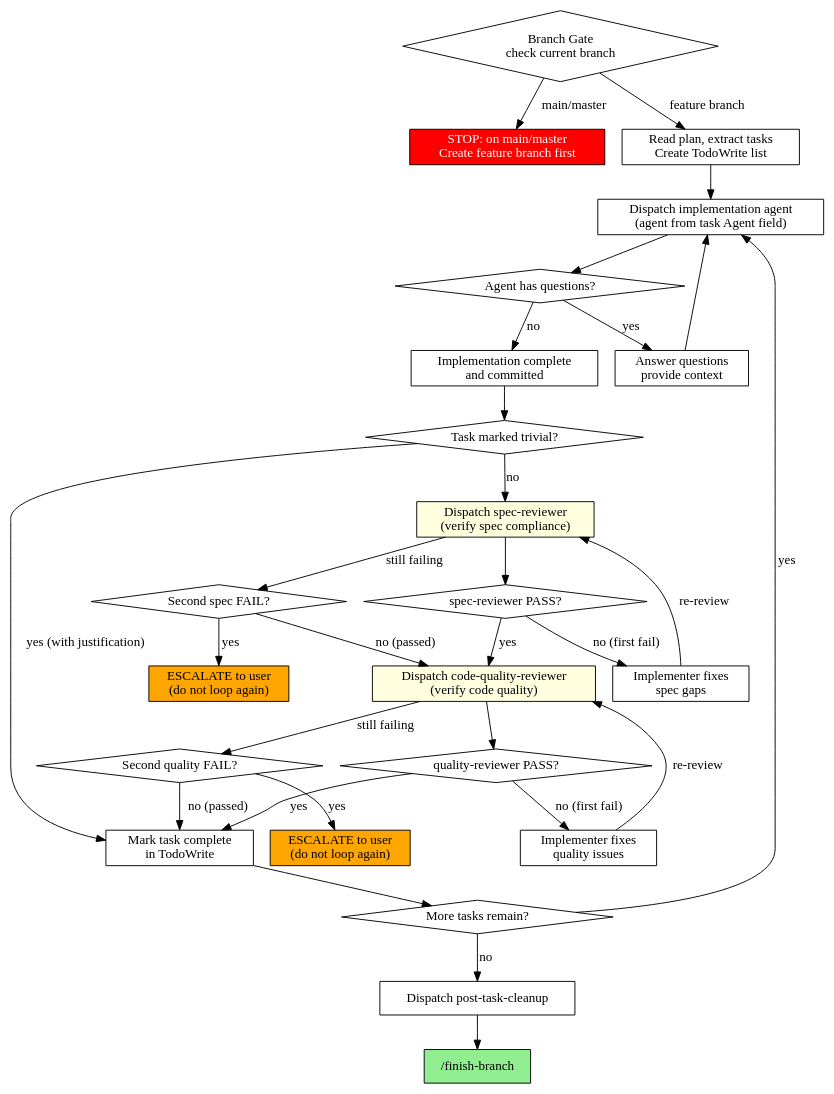
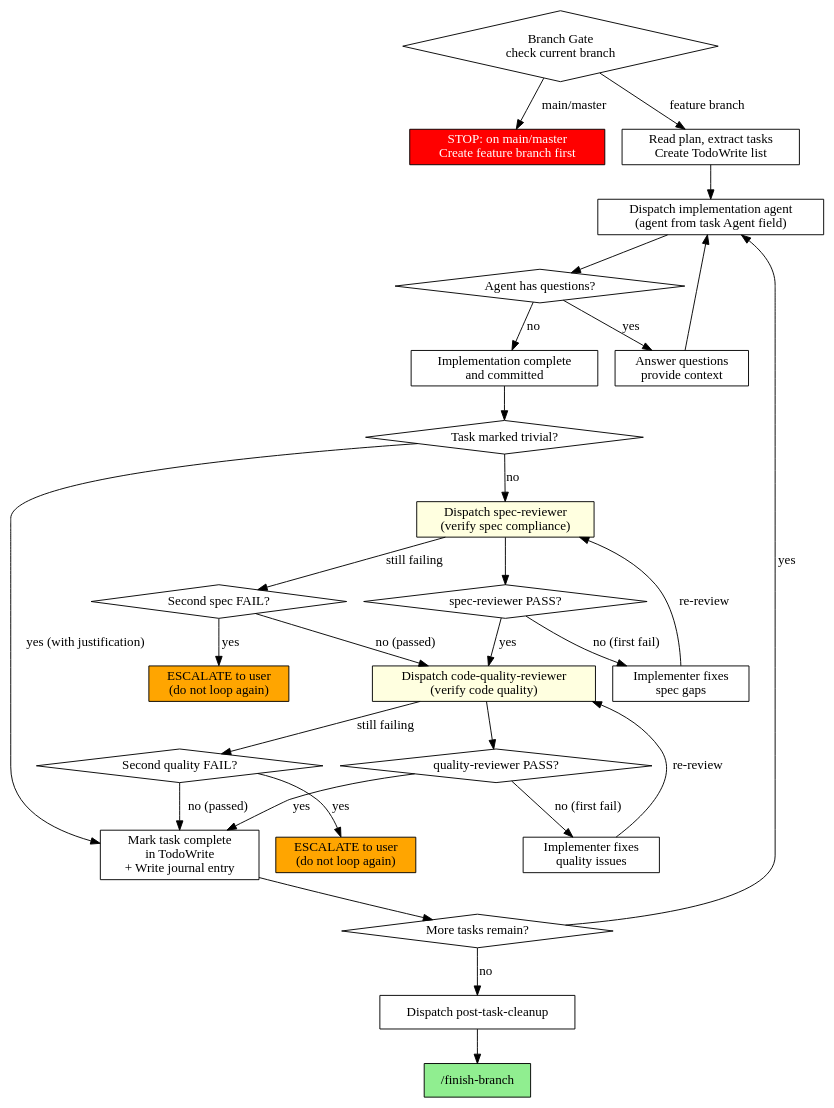
Before and after one commit to microsoft/amplifier: the second of 2 diagrams in commands/subagent-dev.md, drawn with Graphviz. The commit also changed other lines of this file, not shown here.

Commit message:
feat: add cognitive journal logging to /subagent-dev

````diff
--- a/commands/subagent-dev.md
+++ b/commands/subagent-dev.md
@@ -207,57 +246,57 @@
 ```dot
 digraph subagent_dev {
   rankdir=TB;
 
   "branch_gate" [label="Branch Gate\ncheck current branch" shape=diamond];
   "on_main" [label="STOP: on main/master\nCreate feature branch first" shape=box style=filled fillcolor=red fontcolor=white];
   "load_plan" [label="Read plan, extract tasks\nCreate TodoWrite list" shape=box];
   "dispatch_impl" [label="Dispatch implementation agent\n(agent from task Agent field)" shape=box];
   "impl_questions" [label="Agent has questions?" shape=diamond];
   "answer" [label="Answer questions\nprovide context" shape=box];
   "impl_done" [label="Implementation complete\nand committed" shape=box];
   "trivial" [label="Task marked trivial?" shape=diamond];
   "spec_review" [label="Dispatch spec-reviewer\n(verify spec compliance)" shape=box style=filled fillcolor=lightyellow];
   "spec_pass" [label="spec-reviewer PASS?" shape=diamond];
   "spec_fix" [label="Implementer fixes\nspec gaps" shape=box];
   "spec_second_fail" [label="Second spec FAIL?" shape=diamond];
   "spec_escalate" [label="ESCALATE to user\n(do not loop again)" shape=box style=filled fillcolor=orange];
   "quality_review" [label="Dispatch code-quality-reviewer\n(verify code quality)" shape=box style=filled fillcolor=lightyellow];
   "quality_pass" [label="quality-reviewer PASS?" shape=diamond];
   "quality_fix" [label="Implementer fixes\nquality issues" shape=box];
   "quality_second_fail" [label="Second quality FAIL?" shape=diamond];
   "quality_escalate" [label="ESCALATE to user\n(do not loop again)" shape=box style=filled fillcolor=orange];
-  "task_complete" [label="Mark task complete\nin TodoWrite" shape=box];
+  "task_complete" [label="Mark task complete\nin TodoWrite\n+ Write journal entry" shape=box];
   "more_tasks" [label="More tasks remain?" shape=diamond];
   "cleanup" [label="Dispatch post-task-cleanup" shape=box];
   "finish" [label="/finish-branch" shape=box style=filled fillcolor=lightgreen];
 
   "branch_gate" -> "on_main" [label="main/master"];
   "branch_gate" -> "load_plan" [label="feature branch"];
   "load_plan" -> "dispatch_impl";
   "dispatch_impl" -> "impl_questions";
   "impl_questions" -> "answer" [label="yes"];
   "answer" -> "dispatch_impl";
   "impl_questions" -> "impl_done" [label="no"];
   "impl_done" -> "trivial";
   "trivial" -> "task_complete" [label="yes (with justification)"];
   "trivial" -> "spec_review" [label="no"];
   "spec_review" -> "spec_pass";
   "spec_pass" -> "quality_review" [label="yes"];
   "spec_pass" -> "spec_fix" [label="no (first fail)"];
   "spec_fix" -> "spec_review" [label="re-review"];
   "spec_review" -> "spec_second_fail" [label="still failing"];
   "spec_second_fail" -> "spec_escalate" [label="yes"];
   "spec_second_fail" -> "quality_review" [label="no (passed)"];
   "quality_review" -> "quality_pass";
   "quality_pass" -> "task_complete" [label="yes"];
   "quality_pass" -> "quality_fix" [label="no (first fail)"];
   "quality_fix" -> "quality_review" [label="re-review"];
   "quality_review" -> "quality_second_fail" [label="still failing"];
   "quality_second_fail" -> "quality_escalate" [label="yes"];
   "quality_second_fail" -> "task_complete" [label="no (passed)"];
   "task_complete" -> "more_tasks";
   "more_tasks" -> "dispatch_impl" [label="yes"];
   "more_tasks" -> "cleanup" [label="no"];
   "cleanup" -> "finish";
 }
 ```
````
